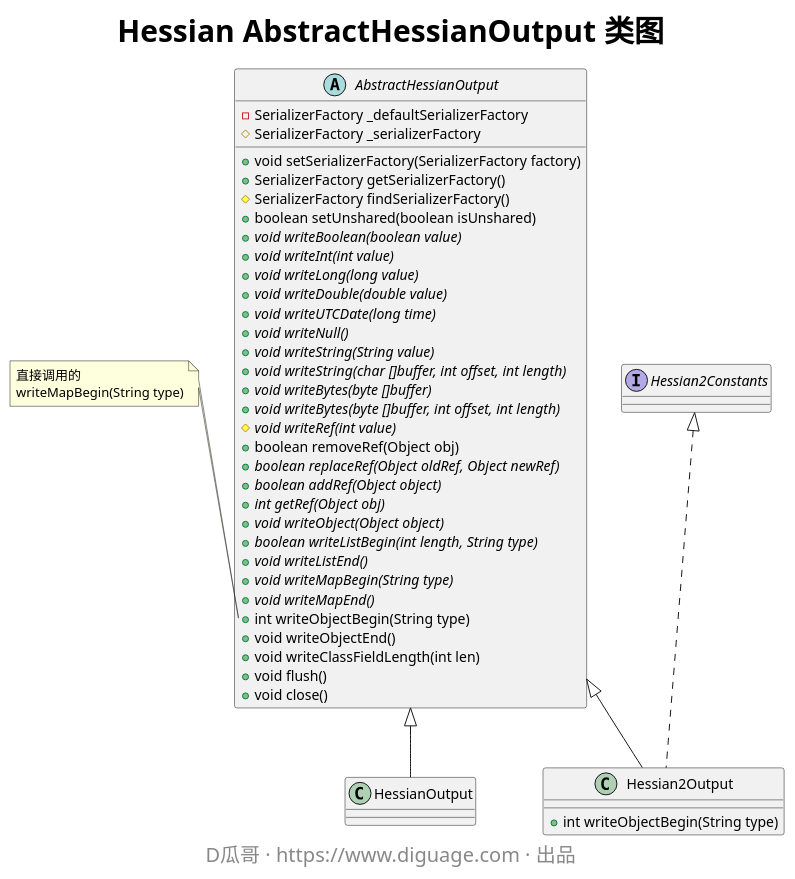
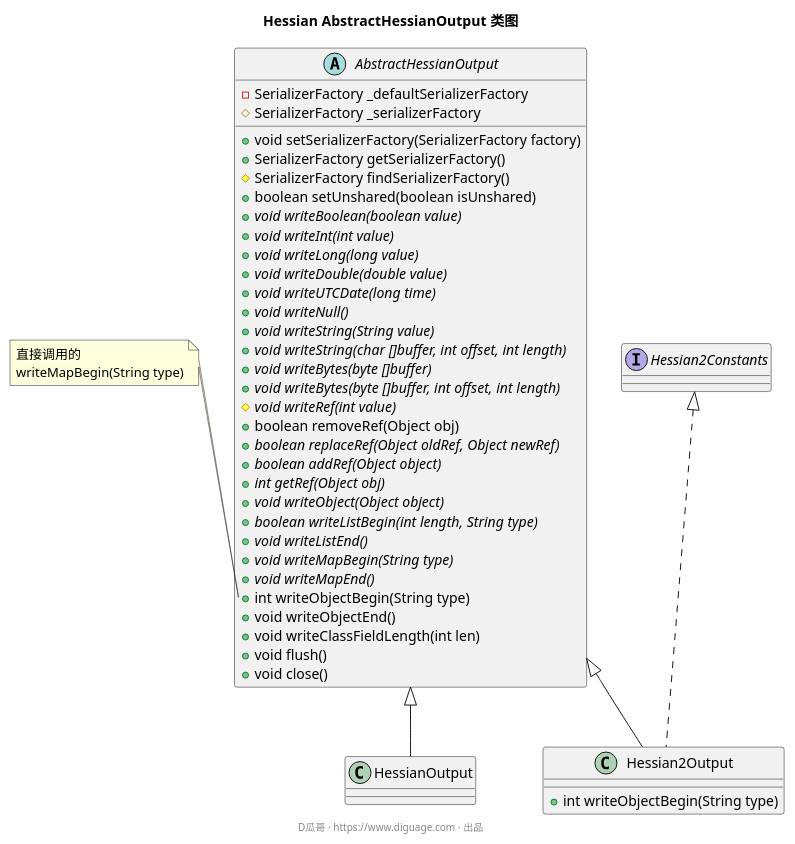
The diagram in static/diagrams/hessian-AbstractHessianOutput.puml (diguage/www.diguage.com), drawn with PlantUML before and after one commit. The commit also changed 10 other files, not shown here.

Commit message:
增加新内容，美化图片

```diff
--- a/static/diagrams/hessian-AbstractHessianOutput.puml
+++ b/static/diagrams/hessian-AbstractHessianOutput.puml
@@ -1,52 +1,50 @@
 @startuml
-skinparam titleFontSize 30
 title **Hessian AbstractHessianOutput 类图**
 
 abstract class AbstractHessianOutput {
   -SerializerFactory _defaultSerializerFactory
   #SerializerFactory _serializerFactory
   
   +void setSerializerFactory(SerializerFactory factory)
   +SerializerFactory getSerializerFactory()
   #SerializerFactory findSerializerFactory()
   +boolean setUnshared(boolean isUnshared)
   +{abstract} void writeBoolean(boolean value)
   +{abstract} void writeInt(int value)
   +{abstract} void writeLong(long value)
   +{abstract} void writeDouble(double value)
   +{abstract} void writeUTCDate(long time)
   +{abstract} void writeNull()
   +{abstract} void writeString(String value)
   +{abstract} void writeString(char []buffer, int offset, int length)
   +{abstract} void writeBytes(byte []buffer)
   +{abstract} void writeBytes(byte []buffer, int offset, int length)
   #{abstract} void writeRef(int value)
   +boolean removeRef(Object obj)
   +{abstract} boolean replaceRef(Object oldRef, Object newRef)
   +{abstract} boolean addRef(Object object)
   +{abstract} int getRef(Object obj)
   +{abstract} void writeObject(Object object)
   +{abstract} boolean writeListBegin(int length, String type)
   +{abstract} void writeListEnd()
   +{abstract} void writeMapBegin(String type)
   +{abstract} void writeMapEnd()
   +int writeObjectBegin(String type)
   +void writeObjectEnd()
   +void writeClassFieldLength(int len)
   +void flush()
   +void close()
 }
 note left of AbstractHessianOutput::writeObjectBegin
   直接调用的
   writeMapBegin(String type)
 end note
 
 class HessianOutput extends AbstractHessianOutput
 
 class Hessian2Output extends AbstractHessianOutput implements Hessian2Constants {
   +int writeObjectBegin(String type)
 }
 
-skinparam footerFontSize 20
 footer D瓜哥 · https://www.diguage.com · 出品
 @enduml
```
